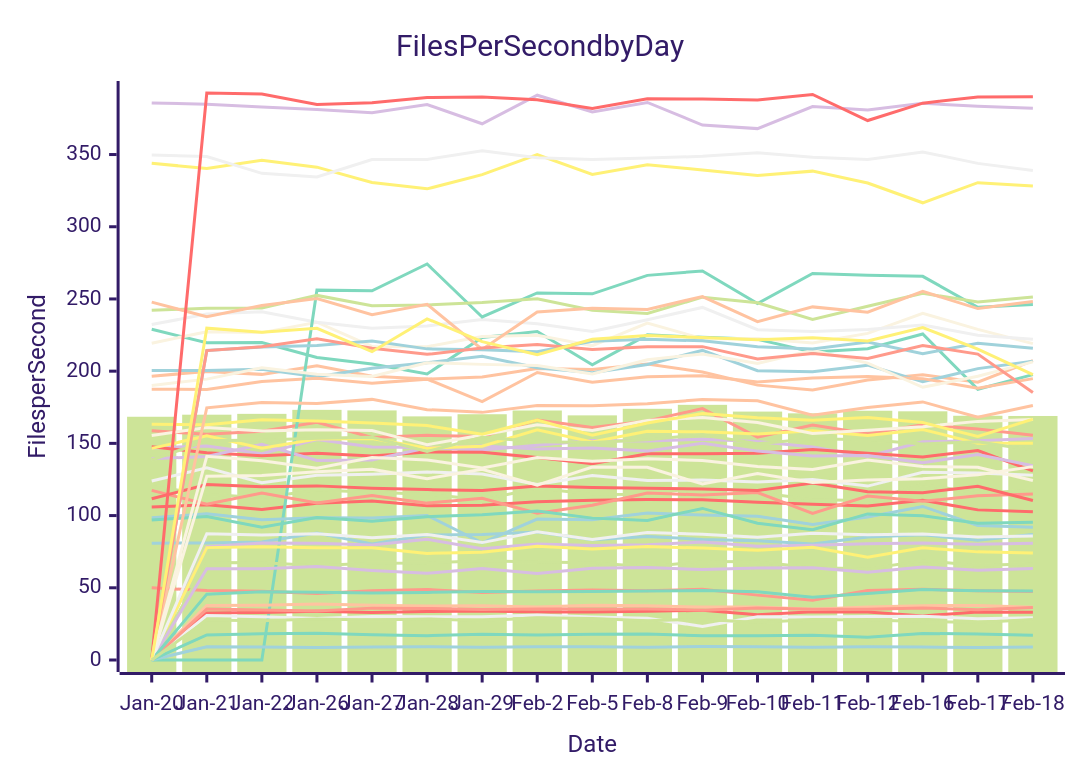
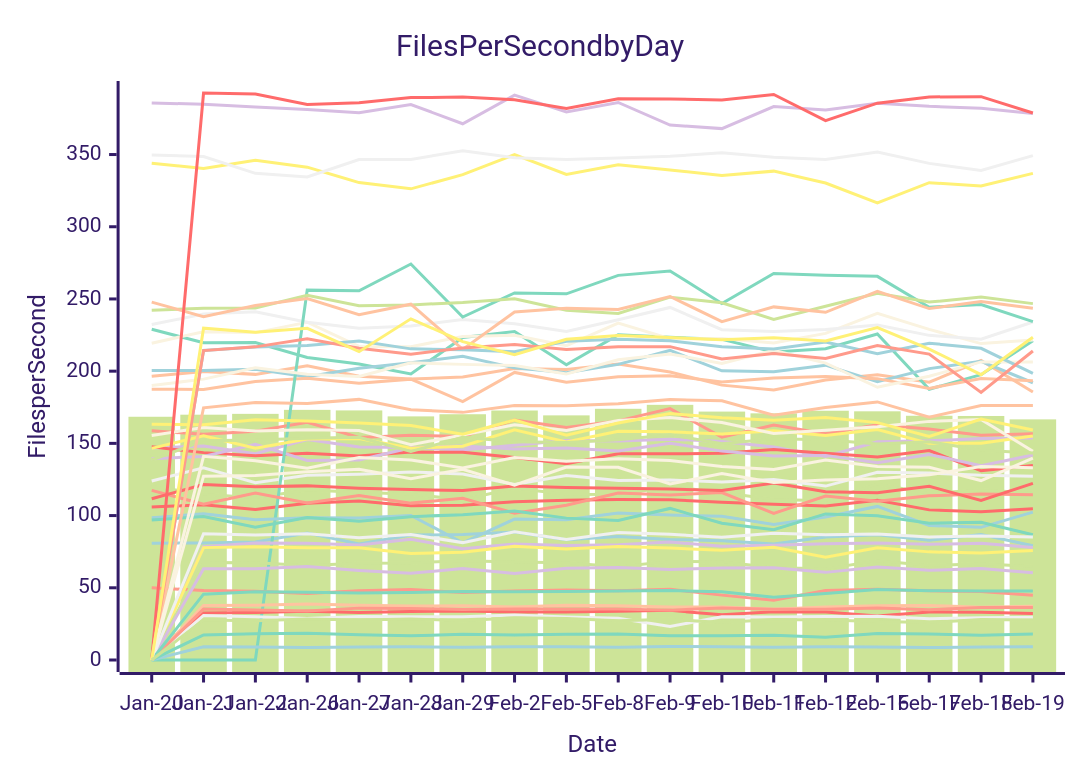
Before and after one commit to streetsidesoftware/cspell: the diagram in perf-report.md, drawn with Mermaid (forest theme). The commit also changed other lines of this file and 1 other file, not shown here.

````diff
--- a/perf-report.md
+++ b/perf-report.md
@@ -10,57 +10,57 @@
 ```mermaid
 xychart-beta
     title Files Per Second by Day
     y-axis Files per Second
-    x-axis Date [Jan-20, Jan-21, Jan-22, Jan-26, Jan-27, Jan-28, Jan-29, Feb-2, Feb-5, Feb-8, Feb-9, Feb-10, Feb-11, Feb-12, Feb-16, Feb-17, Feb-18]
-    bar [168.43, 169.86, 170.44, 173.21, 172.82, 168.69, 170.17, 172.76, 169.39, 173.94, 176.68, 172.01, 170.80, 172.59, 172.20, 169.11, 168.97]
-    line [105.90, 107.50, 104.30, 108.52, 110.13, 106.78, 107.20, 109.65, 110.63, 111.16, 110.94, 109.21, 107.83, 106.68, 110.60, 103.95, 102.58]
-    line [80.87, 81.08, 81.74, 87.91, 80.34, 86.50, 86.84, 88.66, 83.22, 85.59, 83.52, 82.54, 80.25, 85.24, 86.74, 82.84, 86.83]
-    line [146.83, 148.17, 142.81, 152.72, 147.54, 147.09, 145.41, 148.70, 151.93, 151.71, 152.93, 151.27, 147.55, 140.92, 151.13, 151.76, 153.31]
-    line [123.93, 133.11, 122.76, 127.88, 128.69, 130.23, 128.77, 121.54, 127.82, 124.27, 124.62, 123.31, 125.03, 120.42, 129.98, 129.47, 127.87]
-    line [196.43, 199.84, 197.78, 203.69, 196.52, 194.52, 195.98, 201.87, 201.12, 204.97, 199.43, 190.33, 187.01, 193.91, 197.53, 192.34, 207.35]
-    line [229.01, 219.68, 219.77, 209.49, 204.94, 198.04, 223.32, 227.45, 204.37, 225.14, 223.42, 222.08, 213.20, 215.50, 225.73, 187.50, 197.59]
-    line [158.69, 156.26, 158.43, 164.60, 154.09, 155.59, 154.71, 166.16, 160.94, 165.57, 174.04, 154.30, 162.65, 156.66, 162.87, 159.96, 155.64]
-    line [219.38, 227.33, 226.70, 233.87, 217.12, 216.93, 224.01, 224.86, 217.64, 233.33, 222.49, 222.54, 219.50, 226.16, 240.10, 228.96, 219.08]
-    line [344.00, 340.27, 346.07, 341.26, 330.59, 326.24, 336.05, 350.02, 336.18, 342.95, 339.36, 335.43, 338.51, 330.30, 316.59, 330.53, 328.24]
-    line [120.28, 114.69, 112.28, 117.78, 116.14, 114.78, 110.96, 118.96, 114.84, 114.56, 119.99, 116.03, 111.12, 110.27, 121.81, 115.35, 117.70]
-    line [147.59, 143.59, 141.42, 143.21, 141.20, 143.98, 143.78, 140.14, 135.87, 142.86, 142.75, 143.10, 145.82, 143.11, 140.65, 144.98, 130.98]
-    line [200.41, 200.50, 201.35, 196.11, 202.03, 205.84, 210.33, 202.30, 198.84, 204.68, 214.35, 200.27, 199.54, 204.14, 192.69, 201.75, 206.87]
-    line [139.36, 140.95, 149.41, 138.21, 138.55, 146.90, 148.25, 146.04, 146.87, 144.71, 150.09, 144.64, 141.32, 141.68, 136.63, 142.32, 134.55]
-    line [232.25, 239.53, 241.09, 233.83, 229.73, 231.27, 235.75, 232.76, 227.56, 235.60, 244.14, 228.71, 227.46, 228.82, 232.02, 224.80, 222.16]
-    line [187.45, 187.38, 192.87, 195.04, 191.69, 194.48, 178.97, 199.11, 192.32, 196.15, 196.80, 192.49, 195.28, 196.29, 194.83, 188.10, 194.84]
-    line [0.00, 0.00, 0.00, 256.11, 255.68, 274.20, 237.51, 254.20, 253.57, 266.34, 269.39, 246.86, 267.66, 266.35, 265.66, 244.28, 246.16]
-    line [117.45, 107.89, 115.63, 108.80, 113.98, 108.63, 112.03, 101.57, 107.21, 115.59, 114.29, 115.98, 101.55, 113.56, 109.85, 113.73, 114.86]
-    line [190.09, 194.48, 202.39, 197.93, 196.32, 205.82, 204.70, 203.85, 198.04, 207.86, 211.91, 205.36, 214.41, 205.57, 188.86, 196.47, 206.41]
-    line [146.52, 155.23, 146.60, 152.95, 153.44, 146.68, 148.04, 159.34, 150.93, 158.41, 157.97, 156.56, 158.71, 155.41, 159.62, 150.02, 150.05]
-    line [242.10, 243.52, 243.78, 252.46, 245.33, 245.88, 247.56, 250.17, 242.23, 239.94, 251.24, 247.36, 235.88, 244.92, 253.98, 247.84, 251.30]
-    line [111.61, 121.49, 119.94, 120.57, 119.01, 117.99, 117.30, 120.43, 119.43, 118.96, 118.43, 117.39, 122.51, 116.51, 115.88, 120.25, 110.42]
-    line [98.43, 101.26, 97.05, 98.45, 98.30, 100.11, 81.16, 97.62, 97.16, 101.86, 100.35, 99.46, 93.91, 99.01, 106.34, 93.17, 91.86]
-    line [385.76, 384.74, 382.99, 381.11, 378.87, 384.64, 371.32, 391.09, 379.53, 386.07, 370.43, 367.95, 383.26, 380.80, 385.48, 383.39, 382.12]
-    line [349.61, 348.67, 336.98, 334.45, 346.57, 346.60, 352.58, 347.78, 346.57, 347.57, 348.75, 351.19, 348.15, 346.62, 351.78, 343.88, 338.94]
-    line [247.79, 237.71, 245.48, 250.24, 239.03, 246.34, 215.04, 240.95, 243.60, 242.70, 251.69, 234.31, 244.51, 240.78, 255.22, 243.34, 248.23]
-    line [96.90, 99.42, 91.88, 98.65, 96.11, 99.25, 100.66, 103.18, 98.24, 96.65, 104.96, 94.67, 90.15, 101.17, 99.92, 94.76, 95.38]
-    line [49.98, 48.14, 47.57, 46.02, 47.96, 48.80, 46.78, 47.79, 48.42, 47.97, 48.95, 44.92, 41.33, 48.11, 48.93, 47.91, 47.47]
-    line [155.39, 161.05, 158.62, 159.47, 158.84, 149.03, 155.81, 162.82, 158.93, 165.88, 167.89, 164.45, 156.78, 159.08, 161.56, 165.23, 166.55]
-    line [163.17, 162.82, 166.39, 165.48, 164.06, 162.34, 156.27, 166.07, 155.61, 164.06, 170.66, 167.78, 165.93, 167.97, 164.38, 154.74, 166.79]
-    line [138.47, 151.83, 152.31, 153.48, 154.19, 144.39, 154.19, 151.10, 150.58, 152.48, 156.02, 149.70, 153.17, 152.51, 149.58, 151.17, 145.28]
-    line [0.00, 32.53, 32.97, 33.70, 32.82, 33.62, 33.93, 33.23, 33.25, 33.77, 34.38, 31.28, 33.43, 33.24, 30.53, 33.31, 33.04]
-    line [0.00, 9.21, 8.99, 8.69, 9.06, 9.17, 8.90, 9.14, 9.10, 8.87, 9.39, 9.10, 8.79, 9.11, 8.93, 8.64, 9.05]
-    line [0.00, 78.41, 81.03, 80.80, 79.69, 83.58, 77.01, 80.34, 79.32, 79.86, 81.63, 78.70, 79.41, 80.42, 80.99, 80.08, 80.78]
-    line [0.00, 30.87, 30.00, 28.70, 30.12, 29.90, 29.99, 31.08, 29.80, 28.87, 23.26, 29.91, 29.82, 30.05, 30.35, 28.52, 29.28]
-    line [0.00, 37.76, 37.89, 38.81, 37.93, 37.35, 37.58, 36.65, 37.87, 37.52, 36.62, 36.71, 35.21, 36.78, 37.62, 37.74, 36.57]
-    line [0.00, 17.39, 18.17, 18.55, 17.57, 16.82, 17.76, 17.39, 17.79, 18.01, 16.74, 16.81, 17.17, 15.81, 18.35, 18.08, 17.18]
-    line [0.00, 35.24, 34.68, 33.94, 35.92, 35.70, 34.97, 35.24, 35.24, 35.29, 34.51, 36.01, 35.10, 35.21, 35.98, 34.82, 36.43]
-    line [0.00, 127.27, 127.81, 130.32, 132.03, 125.54, 132.09, 121.09, 133.64, 133.48, 121.84, 129.06, 122.93, 124.68, 125.50, 128.25, 133.90]
-    line [0.00, 77.82, 78.41, 77.74, 77.78, 73.82, 74.60, 78.73, 76.88, 78.62, 77.47, 76.02, 78.07, 71.09, 77.64, 74.87, 74.07]
-    line [0.00, 67.48, 67.27, 65.41, 67.07, 67.22, 68.71, 67.83, 67.42, 64.50, 68.29, 67.95, 63.94, 63.10, 68.79, 65.40, 66.62]
-    line [0.00, 392.61, 391.87, 384.72, 385.87, 389.43, 389.76, 387.86, 381.95, 388.55, 388.50, 387.75, 391.57, 373.53, 385.59, 389.88, 390.09]
-    line [0.00, 214.36, 216.75, 217.84, 220.87, 215.44, 214.77, 213.40, 220.70, 222.08, 221.01, 216.87, 215.38, 220.23, 212.12, 219.37, 215.84]
-    line [0.00, 63.19, 63.24, 64.72, 62.00, 60.00, 63.28, 59.94, 63.60, 64.06, 62.64, 63.65, 63.88, 60.68, 64.42, 62.12, 63.28]
-    line [0.00, 87.43, 86.48, 87.49, 84.71, 86.94, 81.29, 88.85, 83.51, 88.25, 87.06, 84.92, 87.81, 86.69, 87.24, 85.15, 85.90]
-    line [0.00, 174.64, 178.29, 177.69, 180.46, 173.36, 171.47, 176.27, 176.08, 177.50, 180.37, 179.50, 169.53, 174.82, 178.71, 168.06, 176.19]
-    line [0.00, 45.59, 47.24, 46.87, 46.43, 46.80, 47.45, 47.29, 47.35, 47.86, 48.05, 47.30, 43.46, 46.02, 48.76, 47.89, 47.85]
-    line [0.00, 214.23, 216.83, 222.41, 215.81, 211.64, 216.10, 218.52, 215.06, 216.88, 216.99, 208.40, 212.31, 208.84, 217.81, 211.80, 185.28]
-    line [0.00, 141.02, 138.02, 132.73, 140.24, 138.48, 133.03, 140.20, 137.55, 139.32, 138.06, 134.03, 131.86, 138.50, 133.91, 133.44, 124.24]
-    line [0.00, 229.76, 226.99, 229.64, 213.50, 236.23, 220.41, 211.45, 222.13, 224.72, 223.26, 221.76, 223.13, 220.88, 230.21, 215.32, 197.56]
-    line [0.00, 27.74, 27.10, 28.41, 27.77, 28.43, 27.26, 29.20, 28.78, 27.22, 28.25, 25.94, 28.04, 27.66, 26.73, 25.95, 28.09]
+    x-axis Date [Jan-20, Jan-21, Jan-22, Jan-26, Jan-27, Jan-28, Jan-29, Feb-2, Feb-5, Feb-8, Feb-9, Feb-10, Feb-11, Feb-12, Feb-16, Feb-17, Feb-18, Feb-19]
+    bar [168.43, 169.86, 170.44, 173.21, 172.82, 168.69, 170.17, 172.76, 169.39, 173.94, 176.68, 172.01, 170.80, 172.59, 172.20, 169.11, 168.97, 166.62]
+    line [105.90, 107.50, 104.30, 108.52, 110.13, 106.78, 107.20, 109.65, 110.63, 111.16, 110.94, 109.21, 107.83, 106.68, 110.60, 103.95, 102.58, 104.76]
+    line [80.87, 81.08, 81.74, 87.91, 80.34, 86.50, 86.84, 88.66, 83.22, 85.59, 83.52, 82.54, 80.25, 85.24, 86.74, 82.84, 86.83, 79.16]
+    line [146.83, 148.17, 142.81, 152.72, 147.54, 147.09, 145.41, 148.70, 151.93, 151.71, 152.93, 151.27, 147.55, 140.92, 151.13, 151.76, 153.31, 153.70]
+    line [123.93, 133.11, 122.76, 127.88, 128.69, 130.23, 128.77, 121.54, 127.82, 124.27, 124.62, 123.31, 125.03, 120.42, 129.98, 129.47, 127.87, 127.31]
+    line [196.43, 199.84, 197.78, 203.69, 196.52, 194.52, 195.98, 201.87, 201.12, 204.97, 199.43, 190.33, 187.01, 193.91, 197.53, 192.34, 207.35, 185.53]
+    line [229.01, 219.68, 219.77, 209.49, 204.94, 198.04, 223.32, 227.45, 204.37, 225.14, 223.42, 222.08, 213.20, 215.50, 225.73, 187.50, 197.59, 221.04]
+    line [158.69, 156.26, 158.43, 164.60, 154.09, 155.59, 154.71, 166.16, 160.94, 165.57, 174.04, 154.30, 162.65, 156.66, 162.87, 159.96, 155.64, 156.69]
+    line [219.38, 227.33, 226.70, 233.87, 217.12, 216.93, 224.01, 224.86, 217.64, 233.33, 222.49, 222.54, 219.50, 226.16, 240.10, 228.96, 219.08, 221.64]
+    line [344.00, 340.27, 346.07, 341.26, 330.59, 326.24, 336.05, 350.02, 336.18, 342.95, 339.36, 335.43, 338.51, 330.30, 316.59, 330.53, 328.24, 336.96]
+    line [120.28, 114.69, 112.28, 117.78, 116.14, 114.78, 110.96, 118.96, 114.84, 114.56, 119.99, 116.03, 111.12, 110.27, 121.81, 115.35, 117.70, 115.56]
+    line [147.59, 143.59, 141.42, 143.21, 141.20, 143.98, 143.78, 140.14, 135.87, 142.86, 142.75, 143.10, 145.82, 143.11, 140.65, 144.98, 130.98, 134.75]
+    line [200.41, 200.50, 201.35, 196.11, 202.03, 205.84, 210.33, 202.30, 198.84, 204.68, 214.35, 200.27, 199.54, 204.14, 192.69, 201.75, 206.87, 191.98]
+    line [139.36, 140.95, 149.41, 138.21, 138.55, 146.90, 148.25, 146.04, 146.87, 144.71, 150.09, 144.64, 141.32, 141.68, 136.63, 142.32, 134.55, 141.92]
+    line [232.25, 239.53, 241.09, 233.83, 229.73, 231.27, 235.75, 232.76, 227.56, 235.60, 244.14, 228.71, 227.46, 228.82, 232.02, 224.80, 222.16, 234.02]
+    line [187.45, 187.38, 192.87, 195.04, 191.69, 194.48, 178.97, 199.11, 192.32, 196.15, 196.80, 192.49, 195.28, 196.29, 194.83, 188.10, 194.84, 193.32]
+    line [0.00, 0.00, 0.00, 256.11, 255.68, 274.20, 237.51, 254.20, 253.57, 266.34, 269.39, 246.86, 267.66, 266.35, 265.66, 244.28, 246.16, 234.35]
+    line [117.45, 107.89, 115.63, 108.80, 113.98, 108.63, 112.03, 101.57, 107.21, 115.59, 114.29, 115.98, 101.55, 113.56, 109.85, 113.73, 114.86, 114.35]
+    line [190.09, 194.48, 202.39, 197.93, 196.32, 205.82, 204.70, 203.85, 198.04, 207.86, 211.91, 205.36, 214.41, 205.57, 188.86, 196.47, 206.41, 206.26]
+    line [146.52, 155.23, 146.60, 152.95, 153.44, 146.68, 148.04, 159.34, 150.93, 158.41, 157.97, 156.56, 158.71, 155.41, 159.62, 150.02, 150.05, 155.08]
+    line [242.10, 243.52, 243.78, 252.46, 245.33, 245.88, 247.56, 250.17, 242.23, 239.94, 251.24, 247.36, 235.88, 244.92, 253.98, 247.84, 251.30, 246.77]
+    line [111.61, 121.49, 119.94, 120.57, 119.01, 117.99, 117.30, 120.43, 119.43, 118.96, 118.43, 117.39, 122.51, 116.51, 115.88, 120.25, 110.42, 122.29]
+    line [98.43, 101.26, 97.05, 98.45, 98.30, 100.11, 81.16, 97.62, 97.16, 101.86, 100.35, 99.46, 93.91, 99.01, 106.34, 93.17, 91.86, 102.39]
+    line [385.76, 384.74, 382.99, 381.11, 378.87, 384.64, 371.32, 391.09, 379.53, 386.07, 370.43, 367.95, 383.26, 380.80, 385.48, 383.39, 382.12, 378.48]
+    line [349.61, 348.67, 336.98, 334.45, 346.57, 346.60, 352.58, 347.78, 346.57, 347.57, 348.75, 351.19, 348.15, 346.62, 351.78, 343.88, 338.94, 349.25]
+    line [247.79, 237.71, 245.48, 250.24, 239.03, 246.34, 215.04, 240.95, 243.60, 242.70, 251.69, 234.31, 244.51, 240.78, 255.22, 243.34, 248.23, 243.56]
+    line [96.90, 99.42, 91.88, 98.65, 96.11, 99.25, 100.66, 103.18, 98.24, 96.65, 104.96, 94.67, 90.15, 101.17, 99.92, 94.76, 95.38, 86.70]
+    line [49.98, 48.14, 47.57, 46.02, 47.96, 48.80, 46.78, 47.79, 48.42, 47.97, 48.95, 44.92, 41.33, 48.11, 48.93, 47.91, 47.47, 44.76]
+    line [155.39, 161.05, 158.62, 159.47, 158.84, 149.03, 155.81, 162.82, 158.93, 165.88, 167.89, 164.45, 156.78, 159.08, 161.56, 165.23, 166.55, 144.56]
+    line [163.17, 162.82, 166.39, 165.48, 164.06, 162.34, 156.27, 166.07, 155.61, 164.06, 170.66, 167.78, 165.93, 167.97, 164.38, 154.74, 166.79, 159.27]
+    line [138.47, 151.83, 152.31, 153.48, 154.19, 144.39, 154.19, 151.10, 150.58, 152.48, 156.02, 149.70, 153.17, 152.51, 149.58, 151.17, 145.28, 143.28]
+    line [0.00, 32.53, 32.97, 33.70, 32.82, 33.62, 33.93, 33.23, 33.25, 33.77, 34.38, 31.28, 33.43, 33.24, 30.53, 33.31, 33.04, 32.14]
+    line [0.00, 9.21, 8.99, 8.69, 9.06, 9.17, 8.90, 9.14, 9.10, 8.87, 9.39, 9.10, 8.79, 9.11, 8.93, 8.64, 9.05, 9.23]
+    line [0.00, 78.41, 81.03, 80.80, 79.69, 83.58, 77.01, 80.34, 79.32, 79.86, 81.63, 78.70, 79.41, 80.42, 80.99, 80.08, 80.78, 77.88]
+    line [0.00, 30.87, 30.00, 28.70, 30.12, 29.90, 29.99, 31.08, 29.80, 28.87, 23.26, 29.91, 29.82, 30.05, 30.35, 28.52, 29.28, 29.55]
+    line [0.00, 37.76, 37.89, 38.81, 37.93, 37.35, 37.58, 36.65, 37.87, 37.52, 36.62, 36.71, 35.21, 36.78, 37.62, 37.74, 36.57, 37.28]
+    line [0.00, 17.39, 18.17, 18.55, 17.57, 16.82, 17.76, 17.39, 17.79, 18.01, 16.74, 16.81, 17.17, 15.81, 18.35, 18.08, 17.18, 18.03]
+    line [0.00, 35.24, 34.68, 33.94, 35.92, 35.70, 34.97, 35.24, 35.24, 35.29, 34.51, 36.01, 35.10, 35.21, 35.98, 34.82, 36.43, 36.40]
+    line [0.00, 127.27, 127.81, 130.32, 132.03, 125.54, 132.09, 121.09, 133.64, 133.48, 121.84, 129.06, 122.93, 124.68, 125.50, 128.25, 133.90, 133.09]
+    line [0.00, 77.82, 78.41, 77.74, 77.78, 73.82, 74.60, 78.73, 76.88, 78.62, 77.47, 76.02, 78.07, 71.09, 77.64, 74.87, 74.07, 75.90]
+    line [0.00, 67.48, 67.27, 65.41, 67.07, 67.22, 68.71, 67.83, 67.42, 64.50, 68.29, 67.95, 63.94, 63.10, 68.79, 65.40, 66.62, 64.71]
+    line [0.00, 392.61, 391.87, 384.72, 385.87, 389.43, 389.76, 387.86, 381.95, 388.55, 388.50, 387.75, 391.57, 373.53, 385.59, 389.88, 390.09, 378.75]
+    line [0.00, 214.36, 216.75, 217.84, 220.87, 215.44, 214.77, 213.40, 220.70, 222.08, 221.01, 216.87, 215.38, 220.23, 212.12, 219.37, 215.84, 198.45]
+    line [0.00, 63.19, 63.24, 64.72, 62.00, 60.00, 63.28, 59.94, 63.60, 64.06, 62.64, 63.65, 63.88, 60.68, 64.42, 62.12, 63.28, 60.34]
+    line [0.00, 87.43, 86.48, 87.49, 84.71, 86.94, 81.29, 88.85, 83.51, 88.25, 87.06, 84.92, 87.81, 86.69, 87.24, 85.15, 85.90, 85.14]
+    line [0.00, 174.64, 178.29, 177.69, 180.46, 173.36, 171.47, 176.27, 176.08, 177.50, 180.37, 179.50, 169.53, 174.82, 178.71, 168.06, 176.19, 176.24]
+    line [0.00, 45.59, 47.24, 46.87, 46.43, 46.80, 47.45, 47.29, 47.35, 47.86, 48.05, 47.30, 43.46, 46.02, 48.76, 47.89, 47.85, 47.72]
+    line [0.00, 214.23, 216.83, 222.41, 215.81, 211.64, 216.10, 218.52, 215.06, 216.88, 216.99, 208.40, 212.31, 208.84, 217.81, 211.80, 185.28, 213.93]
+    line [0.00, 141.02, 138.02, 132.73, 140.24, 138.48, 133.03, 140.20, 137.55, 139.32, 138.06, 134.03, 131.86, 138.50, 133.91, 133.44, 124.24, 139.79]
+    line [0.00, 229.76, 226.99, 229.64, 213.50, 236.23, 220.41, 211.45, 222.13, 224.72, 223.26, 221.76, 223.13, 220.88, 230.21, 215.32, 197.56, 223.48]
+    line [0.00, 27.74, 27.10, 28.41, 27.77, 28.43, 27.26, 29.20, 28.78, 27.22, 28.25, 25.94, 28.04, 27.66, 26.73, 25.95, 28.09, 27.74]
 ```
````
